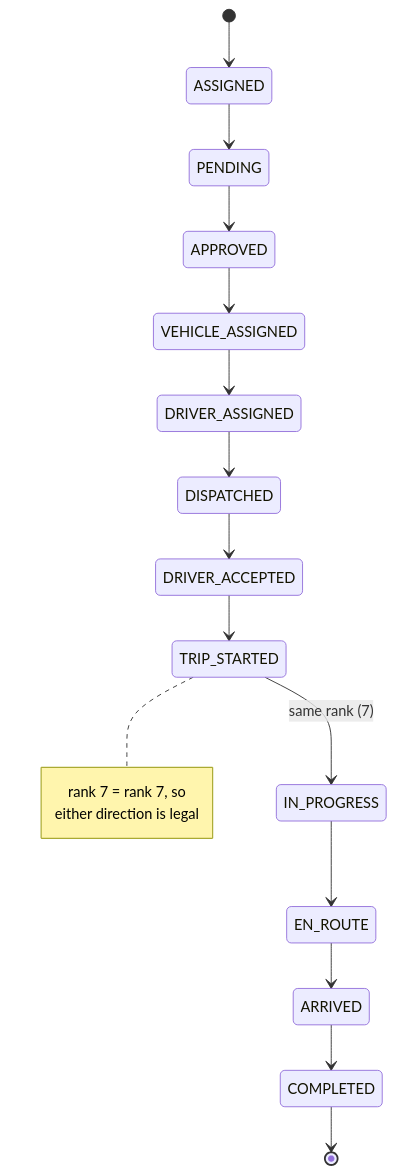
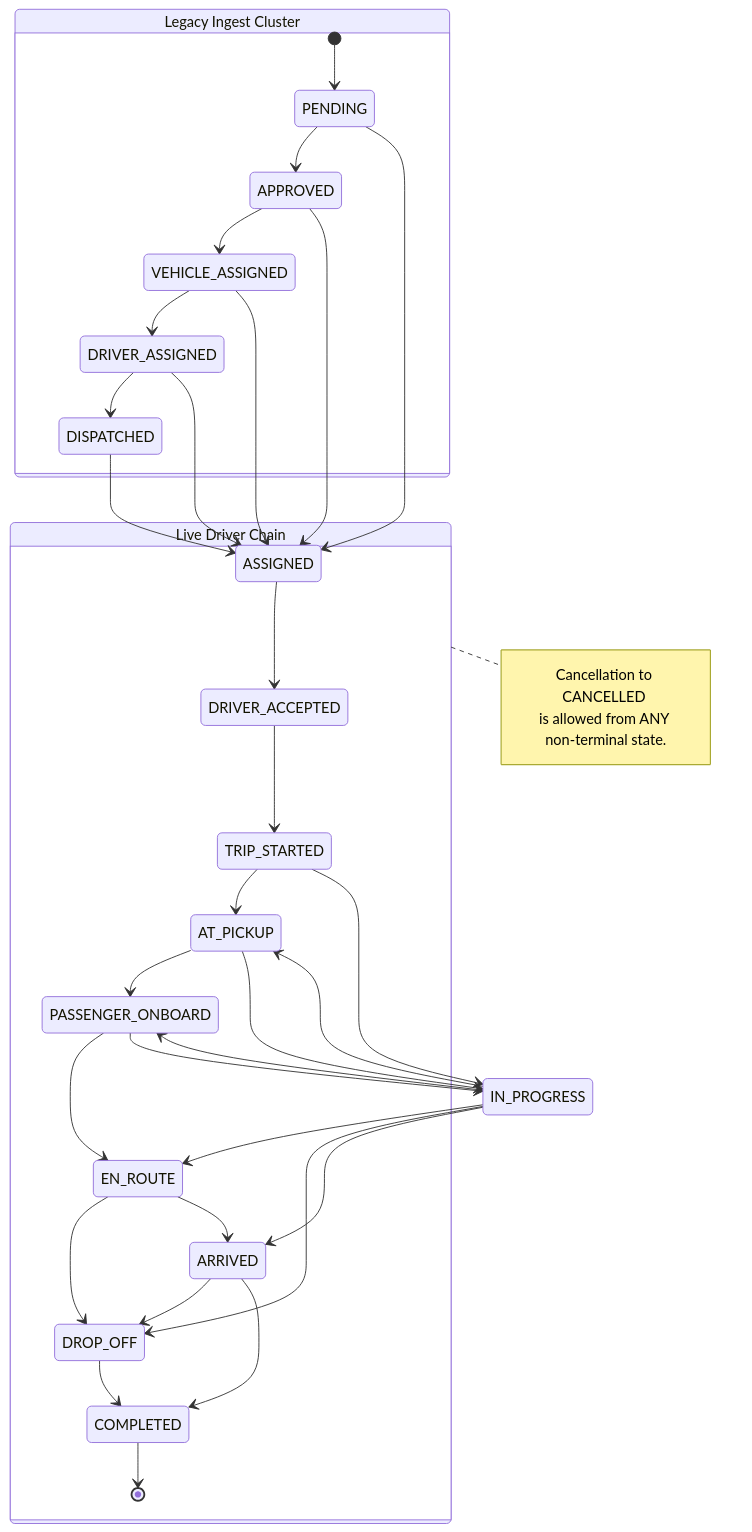
One commit to ro-mee/fleet-transpo changed the diagram in Capstone/02 - Features/Trip State Machine.md. Above: the diagram before and after it, drawn with Mermaid. The commit also changed other lines of this file and 2 other files, not shown here.

Commit message:
updated trip machine.md

````diff
--- a/Capstone/02 - Features/Trip State Machine.md
+++ b/Capstone/02 - Features/Trip State Machine.md
@@ -36,20 +18,51 @@
 ```mermaid
 stateDiagram-v2
-    [*] --> ASSIGNED
-    ASSIGNED --> PENDING
-    PENDING --> APPROVED
-    APPROVED --> VEHICLE_ASSIGNED
-    VEHICLE_ASSIGNED --> DRIVER_ASSIGNED
-    DRIVER_ASSIGNED --> DISPATCHED
-    DISPATCHED --> DRIVER_ACCEPTED
-    DRIVER_ACCEPTED --> TRIP_STARTED
-    TRIP_STARTED --> IN_PROGRESS : same rank (7)
+    %% Legacy Ingest Cluster
+    state "Legacy Ingest Cluster" as Legacy {
+        [*] --> PENDING
+        PENDING --> APPROVED
+        PENDING --> ASSIGNED
+        APPROVED --> VEHICLE_ASSIGNED
+        APPROVED --> ASSIGNED
+        VEHICLE_ASSIGNED --> DRIVER_ASSIGNED
+        VEHICLE_ASSIGNED --> ASSIGNED
+        DRIVER_ASSIGNED --> DISPATCHED
+        DRIVER_ASSIGNED --> ASSIGNED
+        DISPATCHED --> ASSIGNED
+    }
+
+    %% Live Driver Chain
+    state "Live Driver Chain" as Live {
+        ASSIGNED --> DRIVER_ACCEPTED
+        DRIVER_ACCEPTED --> TRIP_STARTED
+        TRIP_STARTED --> AT_PICKUP
+        AT_PICKUP --> PASSENGER_ONBOARD
+        PASSENGER_ONBOARD --> EN_ROUTE
+        EN_ROUTE --> DROP_OFF
+        DROP_OFF --> COMPLETED
+        COMPLETED --> [*]
+        
+        %% Alternate / Legacy paths
+        EN_ROUTE --> ARRIVED
+        ARRIVED --> DROP_OFF
+        ARRIVED --> COMPLETED
+    }
+
+    %% In Progress overrides
+    TRIP_STARTED --> IN_PROGRESS
+    AT_PICKUP --> IN_PROGRESS
+    PASSENGER_ONBOARD --> IN_PROGRESS
+    
+    IN_PROGRESS --> AT_PICKUP
+    IN_PROGRESS --> PASSENGER_ONBOARD
     IN_PROGRESS --> EN_ROUTE
-    EN_ROUTE --> ARRIVED
-    ARRIVED --> COMPLETED
-    COMPLETED --> [*]
-    note right of TRIP_STARTED
-        rank 7 = rank 7, so
-        either direction is legal
+    IN_PROGRESS --> DROP_OFF
+    IN_PROGRESS --> ARRIVED
+
+    %% Note on Cancellation
+    note right of Live
+        Cancellation to CANCELLED 
+        is allowed from ANY 
+        non-terminal state.
     end note
 ```
````
